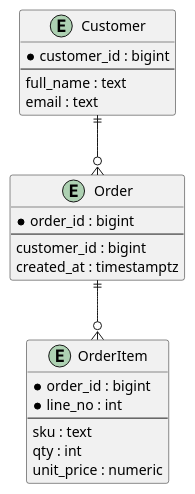
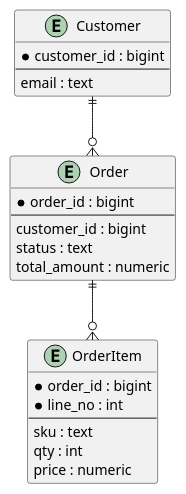
One commit to iwizy/analyst_kb changed the diagram in docs/database/data-modeling.md. Above: the diagram before and after it, drawn with PlantUML. The commit also changed other lines of this file and 32 other files, not shown here.

````diff
--- a/docs/database/data-modeling.md
+++ b/docs/database/data-modeling.md
@@ -20,29 +40,27 @@
 ```kroki-plantuml
 @startuml
 entity Customer {
   *customer_id : bigint
   --
-  full_name : text
   email : text
 }
-
 entity Order {
   *order_id : bigint
   --
   customer_id : bigint
-  created_at : timestamptz
+  status : text
+  total_amount : numeric
 }
-
 entity OrderItem {
   *order_id : bigint
   *line_no : int
   --
   sku : text
   qty : int
-  unit_price : numeric
+  price : numeric
 }
 
 Customer ||--o{ Order
 Order ||--o{ OrderItem
 @enduml
 ```
````
